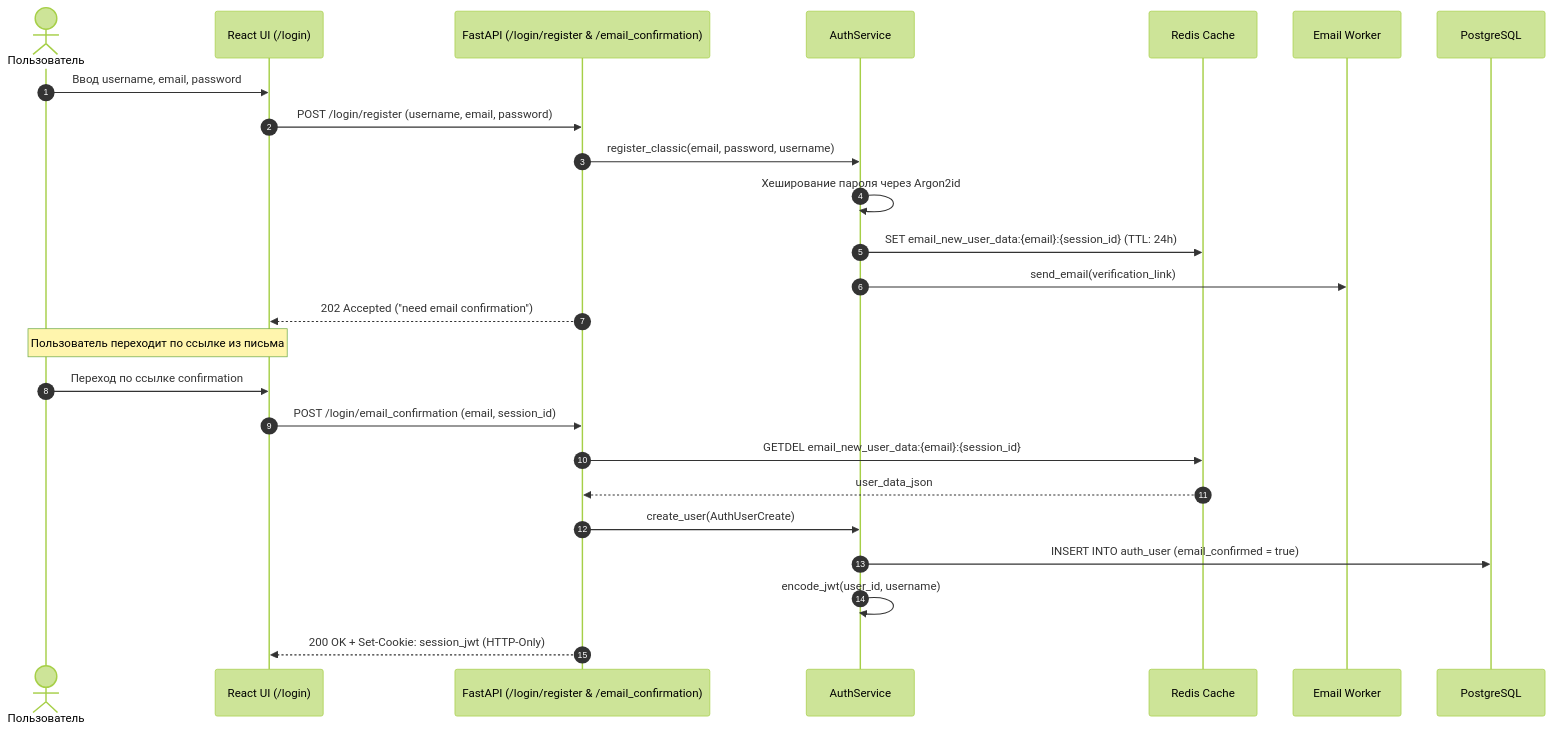
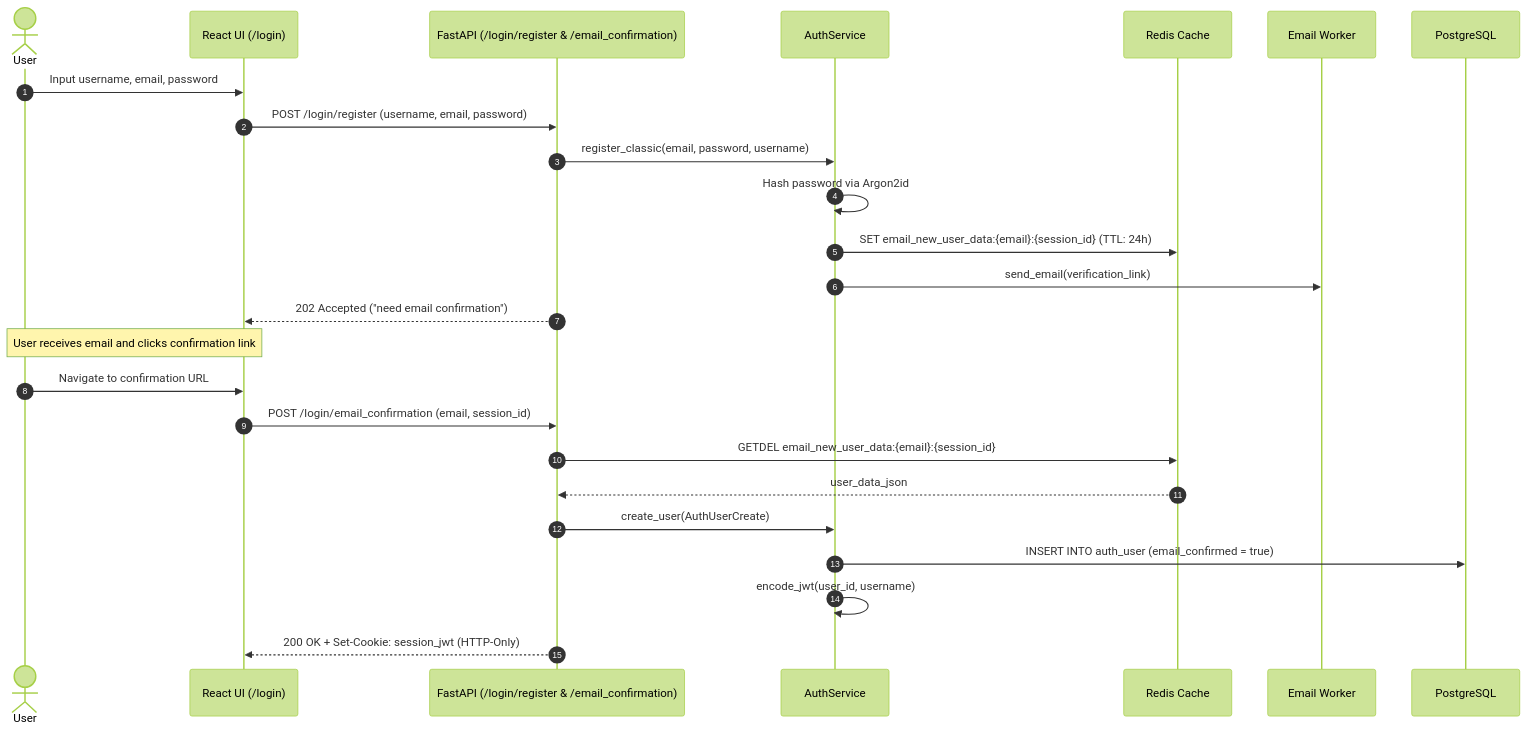
The second of 4 diagrams in docs/core/auth.md (DustGalaxy/openplaylist-mono), drawn with Mermaid (forest theme) before and after one commit. The commit also changed other lines of this file and 21 other files, not shown here.

Commit message:
docs: translate technical architecture and component guides to English

````diff
--- a/docs/core/auth.md
+++ b/docs/core/auth.md
@@ -82,29 +82,29 @@
 ```mermaid
 sequenceDiagram
     autonumber
-    actor User as Пользователь
+    actor User as User
     participant UI as React UI (/login)
     participant API as FastAPI (/login/register & /email_confirmation)
     participant Auth as AuthService
     participant Redis as Redis Cache
     participant Email as Email Worker
     participant DB as PostgreSQL
 
-    User->>UI: Ввод username, email, password
+    User->>UI: Input username, email, password
     UI->>API: POST /login/register (username, email, password)
     API->>Auth: register_classic(email, password, username)
-    Auth->>Auth: Хеширование пароля через Argon2id
+    Auth->>Auth: Hash password via Argon2id
     Auth->>Redis: SET email_new_user_data:{email}:{session_id} (TTL: 24h)
     Auth->>Email: send_email(verification_link)
     API-->>UI: 202 Accepted ("need email confirmation")
 
-    Note over User, UI: Пользователь переходит по ссылке из письма
-    User->>UI: Переход по ссылке confirmation
+    Note over User, UI: User receives email and clicks confirmation link
+    User->>UI: Navigate to confirmation URL
     UI->>API: POST /login/email_confirmation (email, session_id)
     API->>Redis: GETDEL email_new_user_data:{email}:{session_id}
     Redis-->>API: user_data_json
     API->>Auth: create_user(AuthUserCreate)
     Auth->>DB: INSERT INTO auth_user (email_confirmed = true)
     Auth->>Auth: encode_jwt(user_id, username)
     API-->>UI: 200 OK + Set-Cookie: session_jwt (HTTP-Only)
 ```
````
